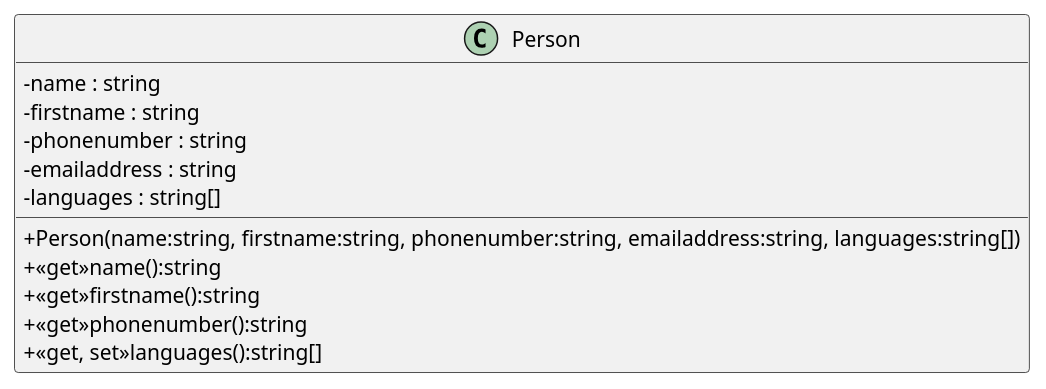
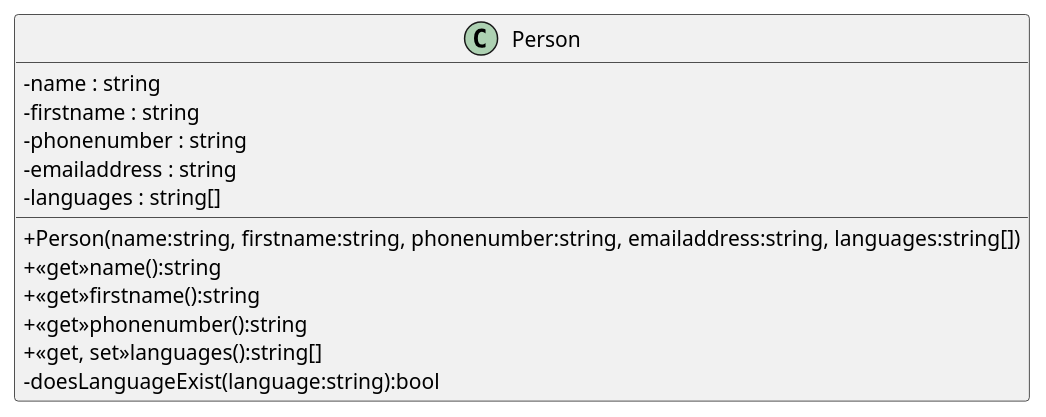
The diagram in docs/classDiagram.puml (ETML-ES-FWBE/Carfleet), drawn with PlantUML before and after one commit.

Commit message:
chore: update class diagram adding private doesLanguageExist method

```diff
--- a/docs/classDiagram.puml
+++ b/docs/classDiagram.puml
@@ -1,17 +1,18 @@
 @startuml
 skinparam classAttributeIconSize 0
 class Person{
     - name : string
     - firstname : string
     - phonenumber : string
     - emailaddress : string
     - languages : string[]
 
     + Person(name:string, firstname:string, phonenumber:string, emailaddress:string, languages:string[])
     + <<get>>name():string
     + <<get>>firstname():string
     + <<get>>phonenumber():string
     + <<get, set>>languages():string[]
+    - doesLanguageExist(language:string):bool
 }
 
 @enduml
```
